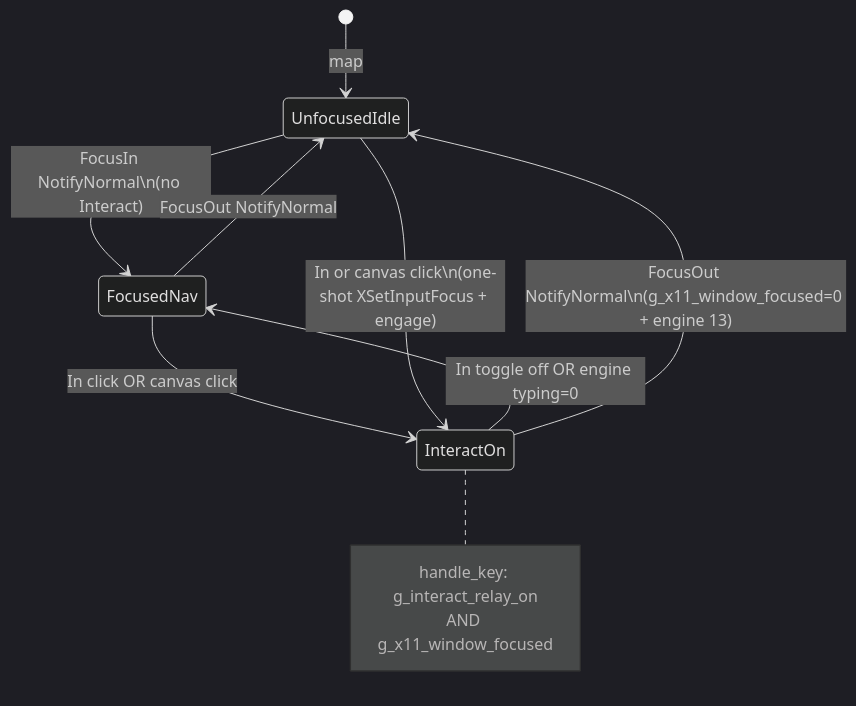
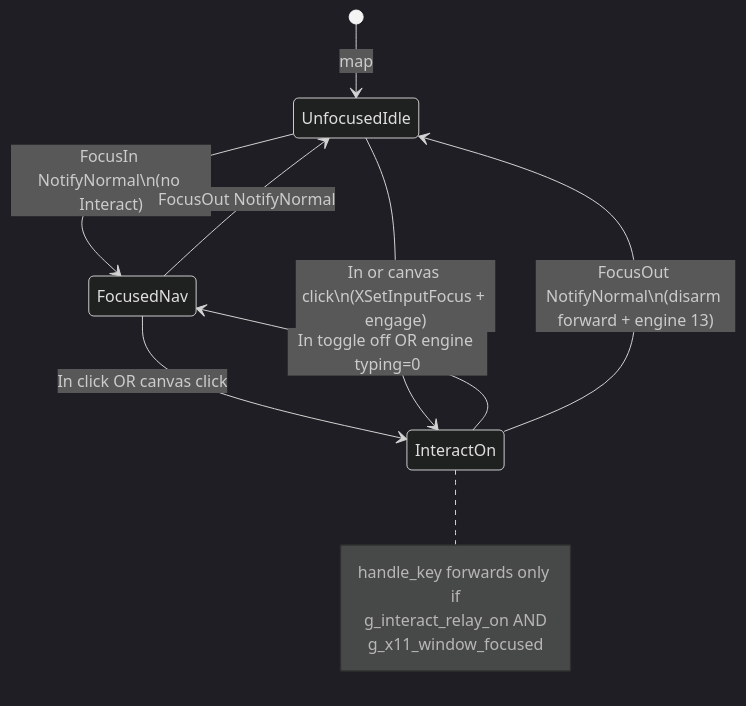
One commit to jbmbrooks1988-debug/russian-doll-all-bak changed the first of 3 diagrams in ^.HORN-virgo/NNEST-12.00/x0.parent-level-dev-env-04.04/yz.muchiverse/#.#.calendar-dox/!.HQ-IQ-BOOK/08-roadmap/design-docs/PC-HQ-FOCUS-AND-INTERACT-ACTIVATE.md. Above: the diagram before and after it, drawn with Mermaid (dark theme). The commit also changed other lines of this file and 21875 other files, not shown here.

````diff
--- a/^.HORN-virgo/NNEST-12.00/x0.parent-level-dev-env-04.04/yz.muchiverse/#.#.calendar-dox/!.HQ-IQ-BOOK/08-roadmap/design-docs/PC-HQ-FOCUS-AND-INTERACT-ACTIVATE.md
+++ b/^.HORN-virgo/NNEST-12.00/x0.parent-level-dev-env-04.04/yz.muchiverse/#.#.calendar-dox/!.HQ-IQ-BOOK/08-roadmap/design-docs/PC-HQ-FOCUS-AND-INTERACT-ACTIVATE.md
@@ -121,14 +103,15 @@
 ```mermaid
 stateDiagram-v2
     [*] --> UnfocusedIdle: map
     UnfocusedIdle --> FocusedNav: FocusIn NotifyNormal\n(no Interact)
     FocusedNav --> InteractOn: In click OR canvas click
     InteractOn --> FocusedNav: In toggle off OR engine typing=0
-    InteractOn --> UnfocusedIdle: FocusOut NotifyNormal\n(g_x11_window_focused=0 + engine 13)
+    InteractOn --> UnfocusedIdle: FocusOut NotifyNormal\n(disarm forward + engine 13)
     FocusedNav --> UnfocusedIdle: FocusOut NotifyNormal
-    UnfocusedIdle --> InteractOn: In or canvas click\n(one-shot XSetInputFocus + engage)
+    UnfocusedIdle --> InteractOn: In or canvas click\n(XSetInputFocus + engage)
     note right of InteractOn
-      handle_key: g_interact_relay_on
-      AND g_x11_window_focused
+      handle_key forwards only if
+      g_interact_relay_on AND
+      g_x11_window_focused
     end note
 ```
````
